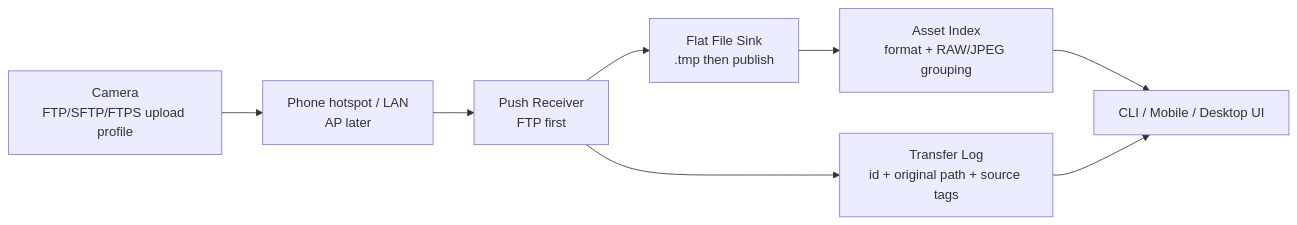
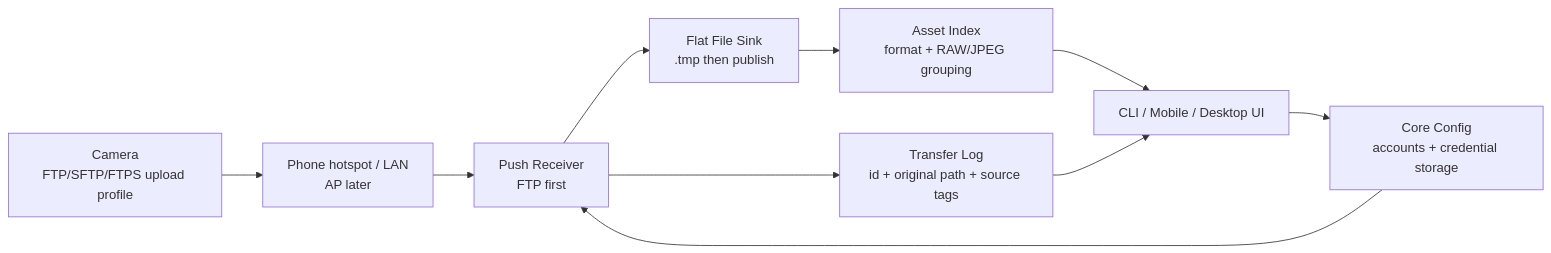
The diagram in docs/product/PRD.md (CrazyNB/camera_connector), drawn with Mermaid before and after one commit. The commit also changed other lines of this file and 8 other files, not shown here.

Commit message:
refactor: move app config storage into core

````diff
--- a/docs/product/PRD.md
+++ b/docs/product/PRD.md
@@ -128,13 +128,16 @@
 ```mermaid
 flowchart LR
   Camera["Camera\nFTP/SFTP/FTPS upload profile"]
   Network["Phone hotspot / LAN\nAP later"]
   Receiver["Push Receiver\nFTP first"]
   Sink["Flat File Sink\n.tmp then publish"]
   Log["Transfer Log\nid + original path + source tags"]
   Index["Asset Index\nformat + RAW/JPEG grouping"]
+  CoreConfig["Core Config\naccounts + credential storage"]
   UI["CLI / Mobile / Desktop UI"]
 
   Camera --> Network --> Receiver --> Sink --> Index --> UI
   Receiver --> Log --> UI
+  CoreConfig --> Receiver
+  UI --> CoreConfig
 ```
````
